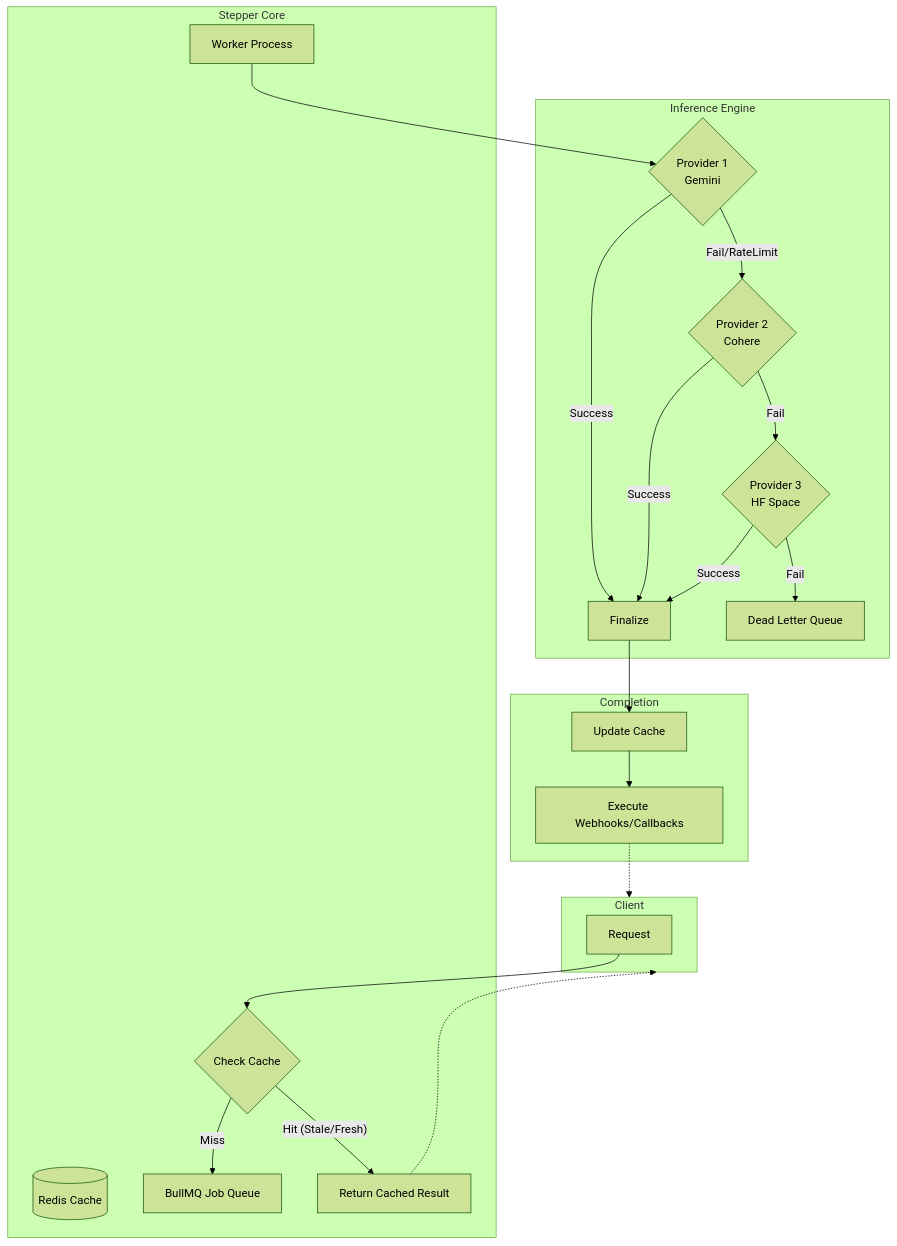
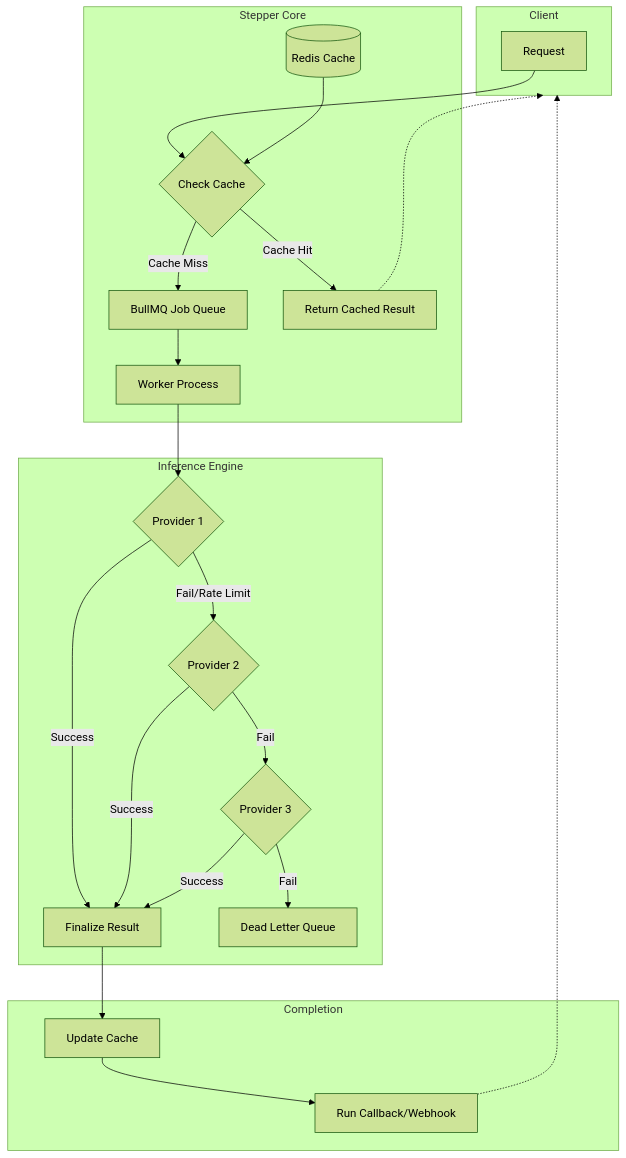
Before and after one commit to samuel-adedigba/ai-inference-stepper: the first of 2 diagrams in README.md, drawn with Mermaid (forest theme). The commit also changed other lines of this file and 1 other file, not shown here.

````diff
--- a/README.md
+++ b/README.md
@@ -88,38 +102,37 @@
 ```mermaid
 flowchart TD
     subgraph Client
         Req[Request]
     end
 
     subgraph "Stepper Core"
         CheckCache{Check Cache}
         Redis[(Redis Cache)]
         Queue[BullMQ Job Queue]
         Worker[Worker Process]
-        
+
         Req --> CheckCache
-        CheckCache -- Hit (Stale/Fresh) --> ReturnResults[Return Cached Result]
-        CheckCache -- Miss --> Queue
+        CheckCache -- Cache Hit --> ReturnCached[Return Cached Result]
+        CheckCache -- Cache Miss --> Queue
+        Queue --> Worker
+        Redis --> CheckCache
     end
 
     subgraph "Inference Engine"
-        Worker --> P1{Provider 1\nGemini}
-        
-        P1 -- Success --> Success[Finalize]
-        P1 -- Fail/RateLimit --> P2{Provider 2\nCohere}
-        
+        Worker --> P1{Provider 1}
+        P1 -- Success --> Success[Finalize Result]
+        P1 -- Fail/Rate Limit --> P2{Provider 2}
         P2 -- Success --> Success
-        P2 -- Fail --> P3{Provider 3\nHF Space}
-        
+        P2 -- Fail --> P3{Provider 3}
         P3 -- Success --> Success
         P3 -- Fail --> DLQ[Dead Letter Queue]
     end
 
     subgraph "Completion"
         Success --> CacheUpdate[Update Cache]
-        CacheUpdate --> Webhook[Execute Webhooks/Callbacks]
+        CacheUpdate --> Callback[Run Callback/Webhook]
     end
 
-    ReturnResults -.-> Client
-    Webhook -.-> Client
+    ReturnCached -.-> Client
+    Callback -.-> Client
 ```
````
